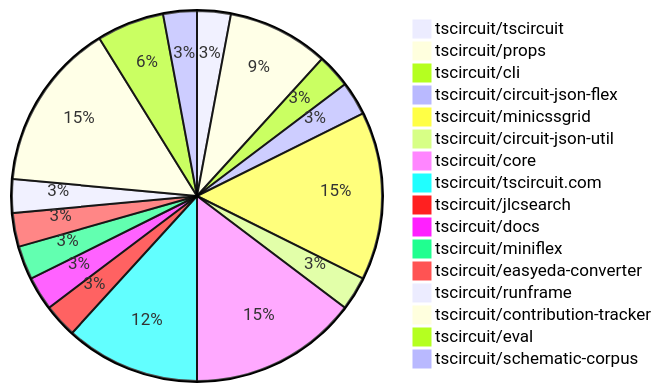
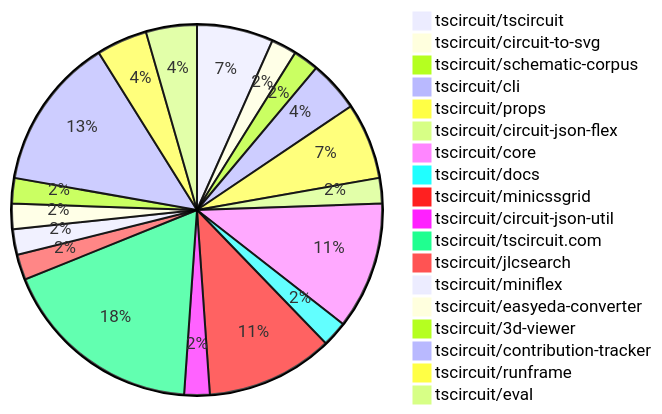
The first of 2 diagrams in README.md (tscircuit/contribution-tracker), drawn with Mermaid before and after one commit. The commit also changed other lines of this file and 3 other files, not shown here.

````diff
--- a/README.md
+++ b/README.md
@@ -29,19 +29,21 @@
 ```mermaid
 pie
-    "tscircuit/tscircuit" : 1
+    "tscircuit/tscircuit" : 3
+    "tscircuit/circuit-to-svg" : 1
+    "tscircuit/schematic-corpus" : 1
+    "tscircuit/cli" : 2
     "tscircuit/props" : 3
-    "tscircuit/cli" : 1
     "tscircuit/circuit-json-flex" : 1
+    "tscircuit/core" : 5
+    "tscircuit/docs" : 1
     "tscircuit/minicssgrid" : 5
     "tscircuit/circuit-json-util" : 1
-    "tscircuit/core" : 5
-    "tscircuit/tscircuit.com" : 4
+    "tscircuit/tscircuit.com" : 8
     "tscircuit/jlcsearch" : 1
-    "tscircuit/docs" : 1
     "tscircuit/miniflex" : 1
     "tscircuit/easyeda-converter" : 1
-    "tscircuit/runframe" : 1
-    "tscircuit/contribution-tracker" : 5
+    "tscircuit/3d-viewer" : 1
+    "tscircuit/contribution-tracker" : 6
+    "tscircuit/runframe" : 2
     "tscircuit/eval" : 2
-    "tscircuit/schematic-corpus" : 1
 ```
````
